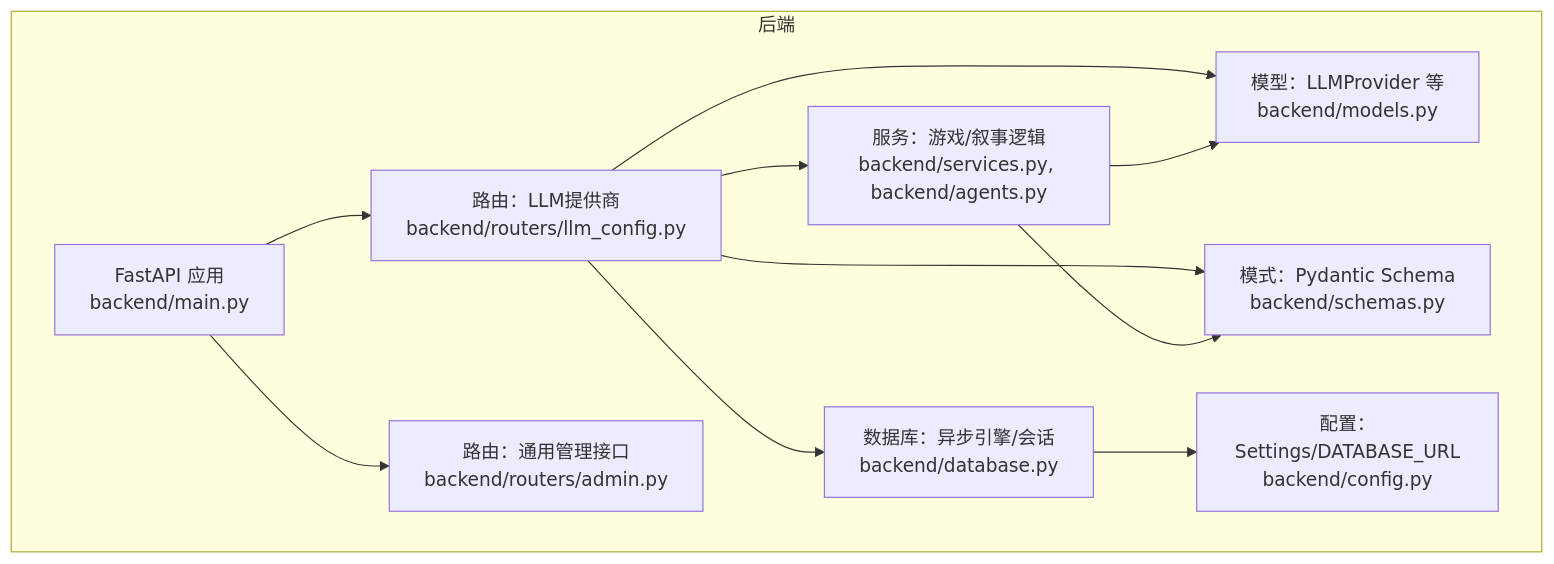
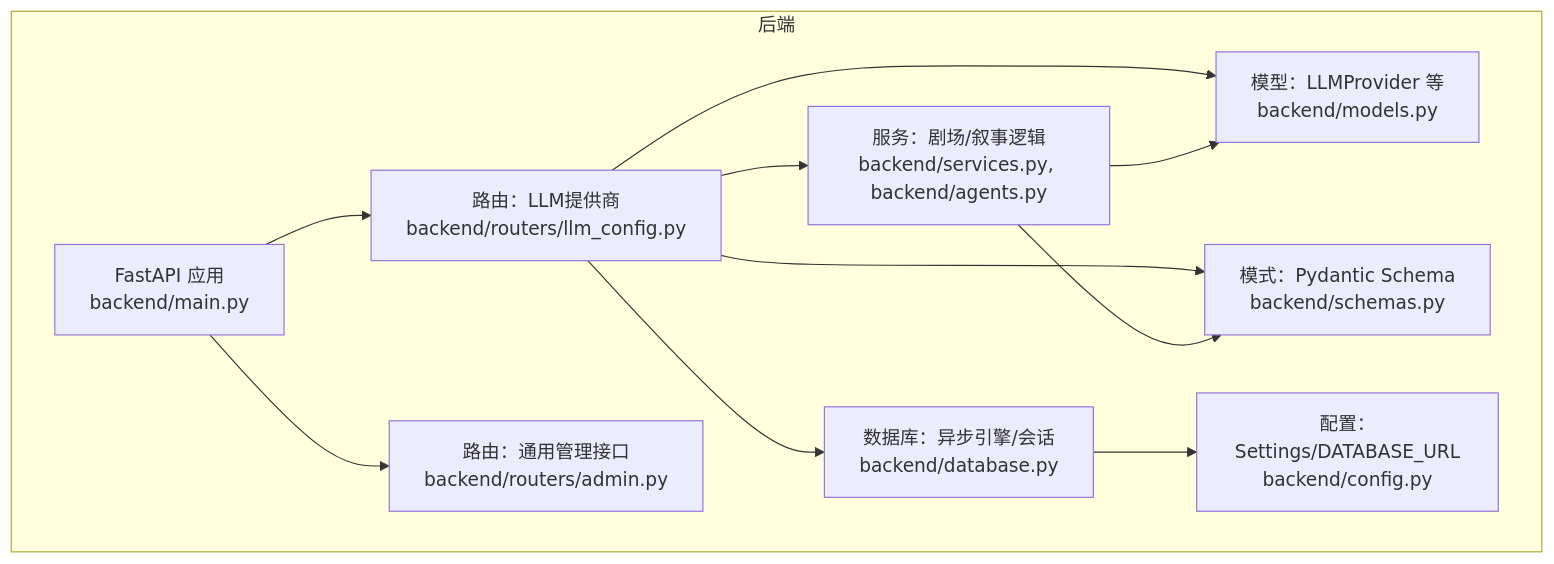
One commit to KunLabAI/KunFlix changed the first of 6 diagrams in .qoder/repowiki/zh/content/后端开发指南/API路由系统/LLM提供商API.md. Above: the diagram before and after it, drawn with Mermaid. The commit also changed 112 other files, not shown here.

````diff
--- a/.qoder/repowiki/zh/content/后端开发指南/API路由系统/LLM提供商API.md
+++ b/.qoder/repowiki/zh/content/后端开发指南/API路由系统/LLM提供商API.md
@@ -46,22 +46,22 @@
 ```mermaid
 graph TB
 subgraph "后端"
 A["FastAPI 应用<br/>backend/main.py"]
 B["路由：LLM提供商<br/>backend/routers/llm_config.py"]
 C["模型：LLMProvider 等<br/>backend/models.py"]
 D["模式：Pydantic Schema<br/>backend/schemas.py"]
 E["数据库：异步引擎/会话<br/>backend/database.py"]
-F["服务：游戏/叙事逻辑<br/>backend/services.py, backend/agents.py"]
+F["服务：剧场/叙事逻辑<br/>backend/services.py, backend/agents.py"]
 G["配置：Settings/DATABASE_URL<br/>backend/config.py"]
 H["路由：通用管理接口<br/>backend/routers/admin.py"]
 end
 A --> B
 A --> H
 B --> C
 B --> D
 B --> E
 B --> F
 F --> C
 F --> D
 E --> G
 ```
````
